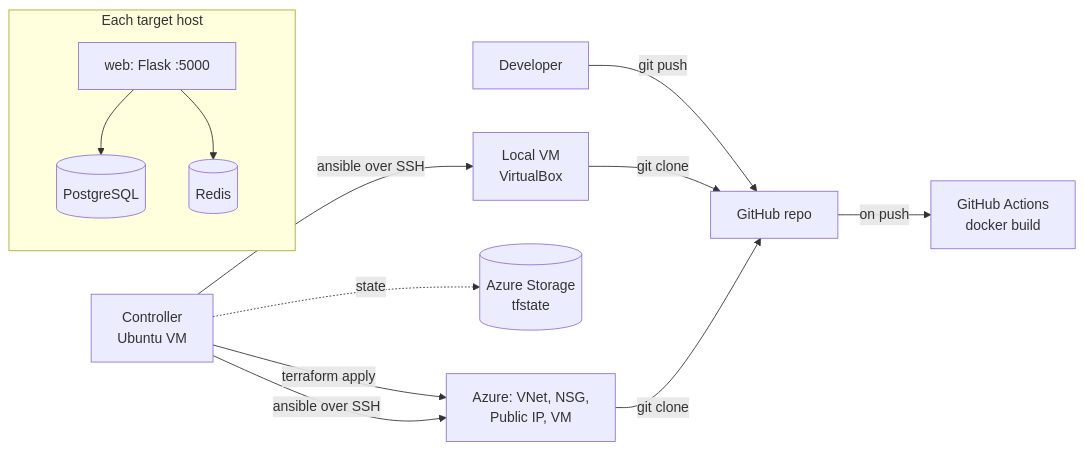
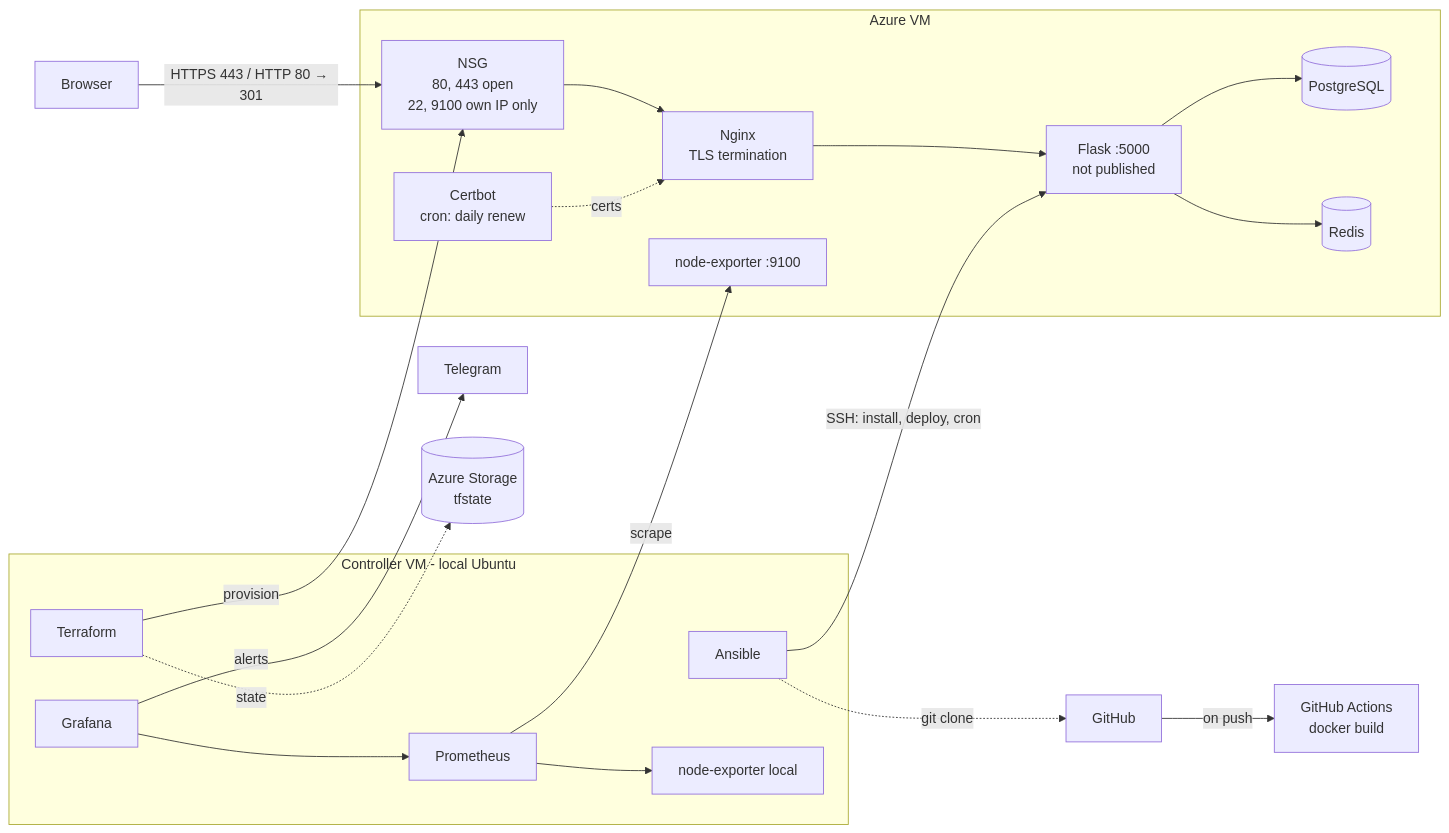
Before and after one commit to Daswwy/flask-postgres-docker: the diagram in README.md, drawn with Mermaid. The commit also changed other lines of this file, not shown here.

````diff
--- a/README.md
+++ b/README.md
@@ -20,18 +22,26 @@
 ```mermaid
 flowchart LR
-    Dev[Developer] -->|git push| GH[GitHub repo]
-    GH -->|on push| CI[GitHub Actions<br/>docker build]
+    User[Browser] -->|HTTPS 443 / HTTP 80 → 301| NSG
 
-    Ctrl[Controller<br/>Ubuntu VM] -->|terraform apply| AZ[Azure: VNet, NSG,<br/>Public IP, VM]
-    Ctrl -.->|state| ST[(Azure Storage<br/>tfstate)]
-    Ctrl -->|ansible over SSH| Local[Local VM<br/>VirtualBox]
-    Ctrl -->|ansible over SSH| AZ
+    subgraph Azure VM
+        NSG[NSG<br/>80, 443 open<br/>22, 9100 own IP only] --> NGINX[Nginx<br/>TLS termination]
+        NGINX --> WEB[Flask :5000<br/>not published]
+        WEB --> DB[(PostgreSQL)]
+        WEB --> R[(Redis)]
+        CB[Certbot<br/>cron: daily renew] -.->|certs| NGINX
+        NE1[node-exporter :9100]
+    end
 
-    Local -->|git clone| GH
-    AZ -->|git clone| GH
+    subgraph Controller VM - local Ubuntu
+        TF[Terraform] -->|provision| NSG
+        AN[Ansible] -->|SSH: install, deploy, cron| WEB
+        PROM[Prometheus] -->|scrape| NE1
+        PROM --> NE2[node-exporter local]
+        GRAF[Grafana] --> PROM
+    end
 
-    subgraph Each target host
-        W[web: Flask :5000] --> DB[(PostgreSQL)]
-        W --> R[(Redis)]
-    end
+    GRAF -->|alerts| TG[Telegram]
+    TF -.->|state| ST[(Azure Storage<br/>tfstate)]
+    GH[GitHub] -->|on push| CI[GitHub Actions<br/>docker build]
+    AN -.->|git clone| GH
 ```
````
